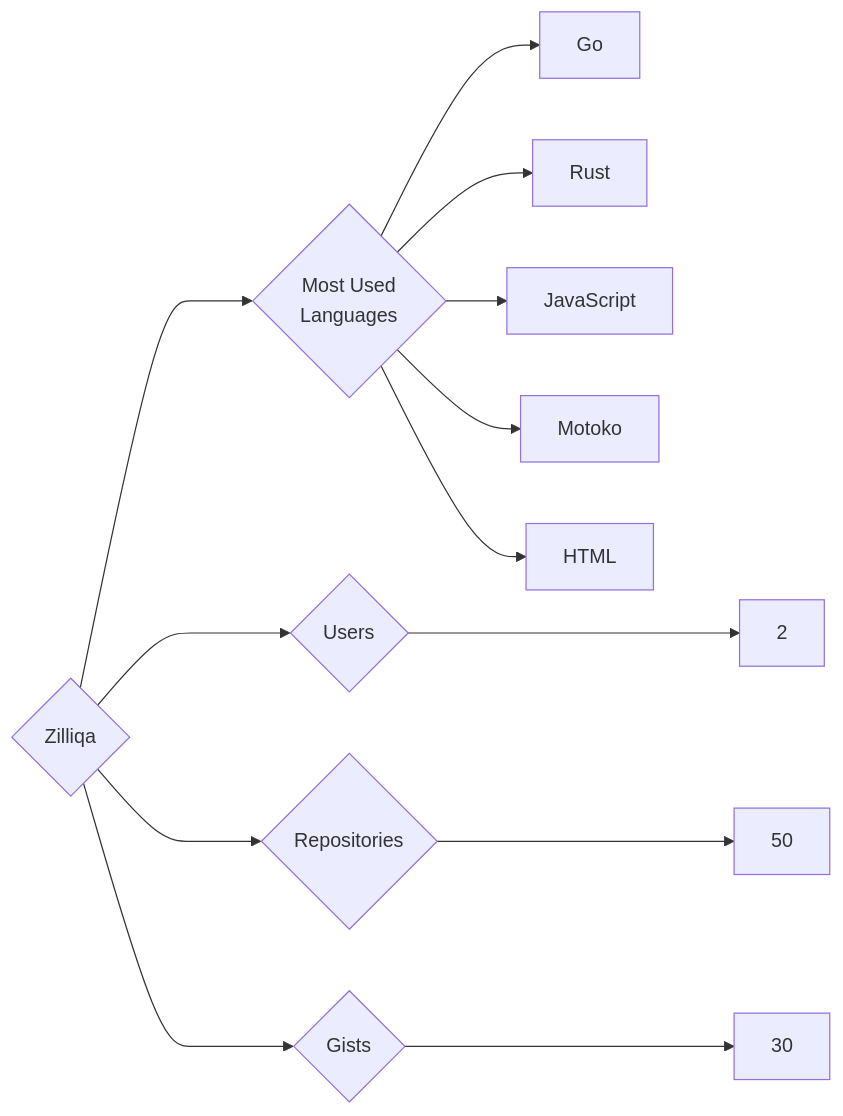
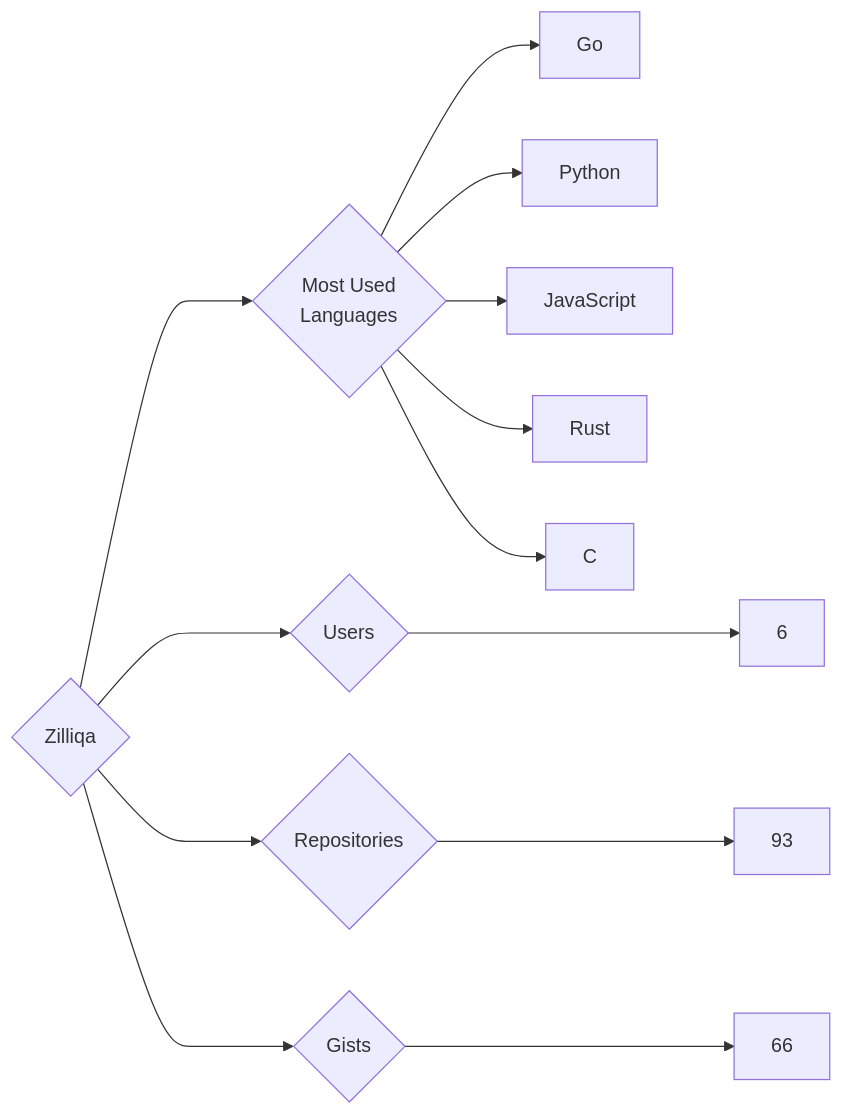
The diagram in targets/Zilliqa/README.md (trickest/insiders), drawn with Mermaid before and after one commit. The commit also changed 920 other files, not shown here.

````diff
--- a/targets/Zilliqa/README.md
+++ b/targets/Zilliqa/README.md
@@ -3,13 +3,13 @@
 ```mermaid
 graph LR
 COMPANY_NAME{Zilliqa}
-COMPANY_NAME ---> U{Users} ---> UN[2]
-COMPANY_NAME ---> R{Repositories} ---> RN[50]
-COMPANY_NAME ---> G{Gists} ---> GN[30]
+COMPANY_NAME ---> U{Users} ---> UN[6]
+COMPANY_NAME ---> R{Repositories} ---> RN[93]
+COMPANY_NAME ---> G{Gists} ---> GN[66]
 COMPANY_NAME ---> ML{Most Used<br>Languages}
 ML --> Go[Go]
+ML --> Python[Python]
+ML --> JavaScript[JavaScript]
 ML --> Rust[Rust]
-ML --> JavaScript[JavaScript]
-ML --> Motoko[Motoko]
-ML --> HTML[HTML]
+ML --> C[C]
 ```
````
